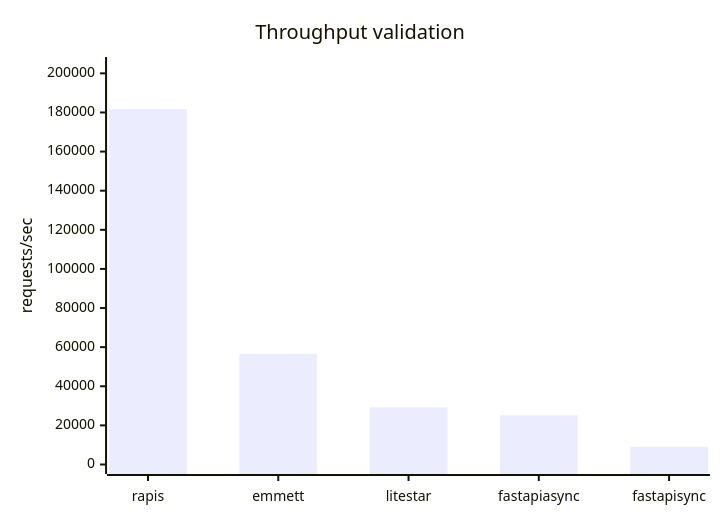
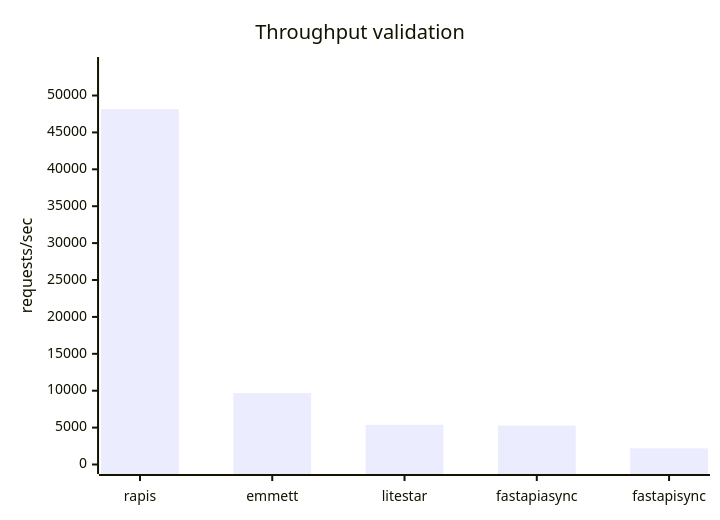
The second of 6 diagrams in benchmarks/README.md (sheptalo/rapis), drawn with Mermaid before and after one commit. The commit also changed other lines of this file, not shown here.

````diff
--- a/benchmarks/README.md
+++ b/benchmarks/README.md
@@ -97,7 +97,7 @@
 ```mermaid
 xychart-beta
     title "Throughput validation"
     x-axis [rapis, emmett, litestar, fastapi async, fastapi sync]
-    y-axis "requests/sec" 0 --> 203505
-    bar [181700.05, 56570.04, 29265.35, 25143.7, 9103.64]
+    y-axis "requests/sec" 0 --> 53933
+    bar [48153.87, 9673.29, 5375.83, 5272.19, 2181.77]
 ```
````
